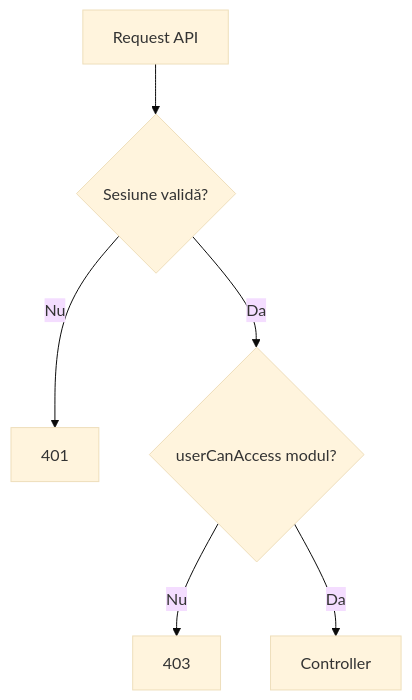
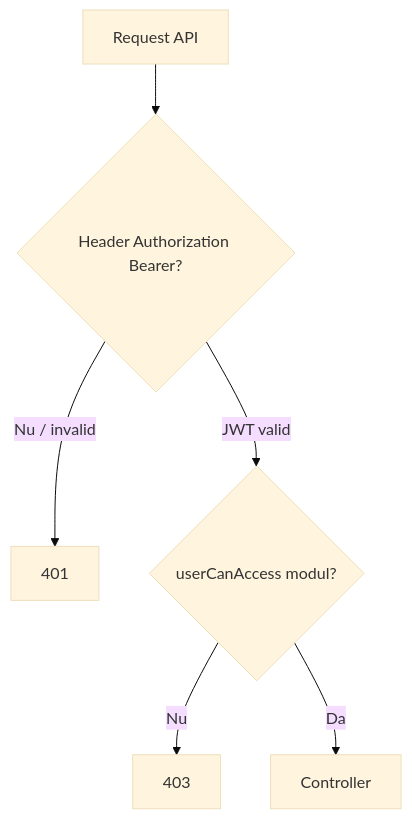
Before and after one commit to ricardofilipebondor/web-technologies-2026: the sixth of 12 diagrams in docs/ARCHITECTURE.md, drawn with Mermaid (base theme). The commit also changed other lines of this file and 46 other files, not shown here.

First line of the commit message:
Refactorizeaza API-ul la REST complet cu autentificare JWT

````diff
--- a/docs/ARCHITECTURE.md
+++ b/docs/ARCHITECTURE.md
@@ -129,8 +135,8 @@
 ```mermaid
 flowchart TB
-    REQ[Request API] --> SESS{Sesiune validă?}
-    SESS -->|Nu| E401[401]
-    SESS -->|Da| MOD{userCanAccess modul?}
+    REQ[Request API] --> HDR{Header Authorization Bearer?}
+    HDR -->|Nu / invalid| E401[401]
+    HDR -->|JWT valid| MOD{userCanAccess modul?}
     MOD -->|Nu| E403[403]
     MOD -->|Da| OK[Controller]
 ```
````
